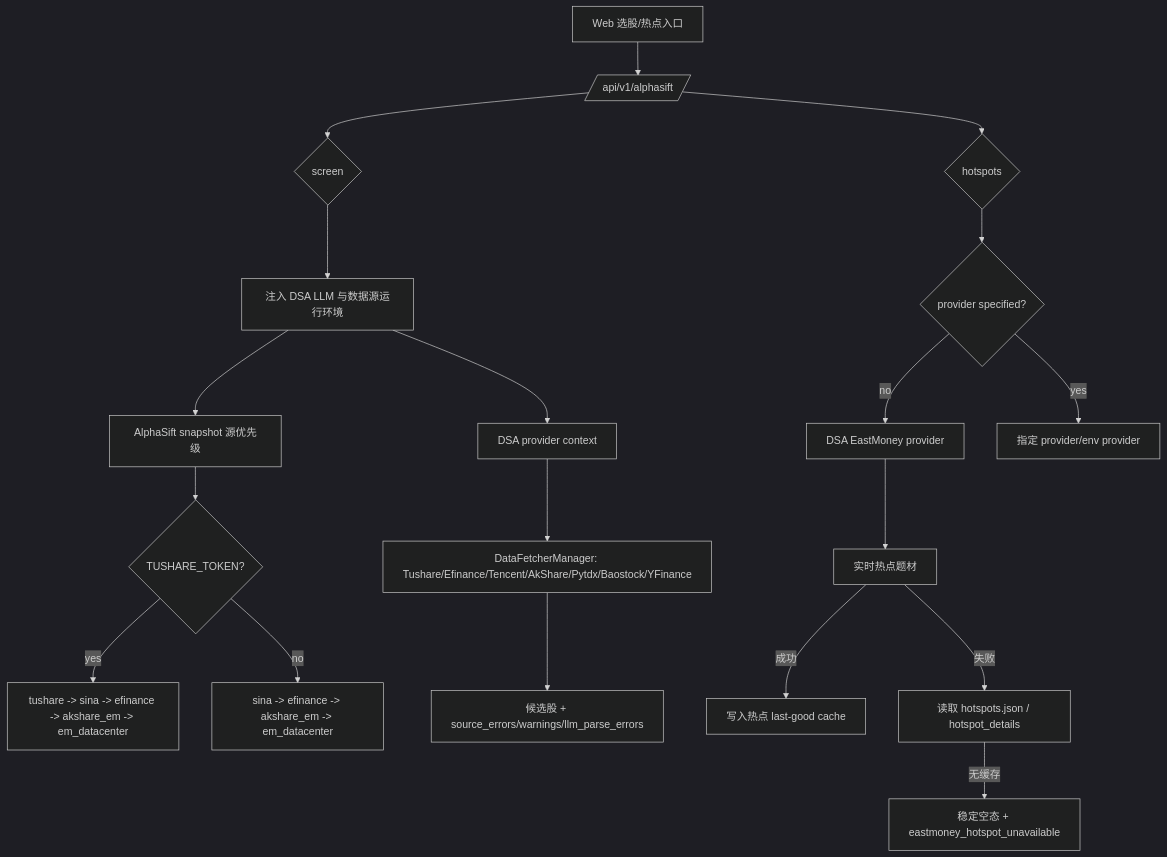
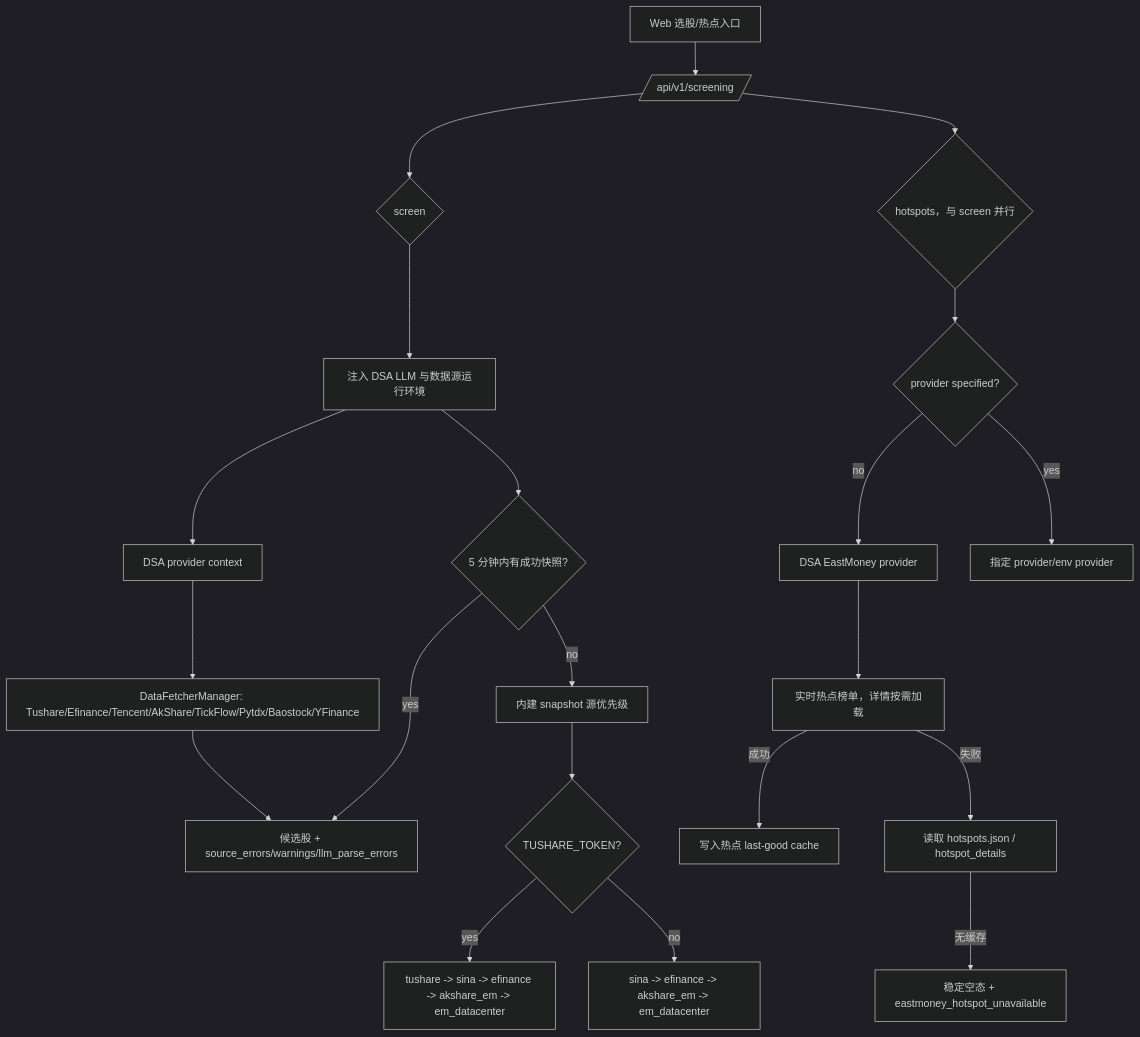
The third of 3 diagrams in docs/data-source-stability.md (HeWenbin-bobo/daily_stock_analysis), drawn with Mermaid (dark theme) before and after one commit. The commit also changed other lines of this file and 1238 other files, not shown here.

````diff
--- a/docs/data-source-stability.md
+++ b/docs/data-source-stability.md
@@ -96,23 +123,25 @@
 ```mermaid
 flowchart TD
-    UI[Web 选股/热点入口] --> API[/api/v1/alphasift/]
+    UI[Web 选股/热点入口] --> API[/api/v1/screening/]
 
     API --> SCREEN{screen}
     SCREEN --> ENV[注入 DSA LLM 与数据源运行环境]
-    ENV --> SNAP[AlphaSift snapshot 源优先级]
+    ENV --> CACHE{5 分钟内有成功快照?}
+    CACHE -->|yes| RESULT
+    CACHE -->|no| SNAP[内建 snapshot 源优先级]
     SNAP --> TS{TUSHARE_TOKEN?}
     TS -->|yes| SP1[tushare -> sina -> efinance -> akshare_em -> em_datacenter]
     TS -->|no| SP2[sina -> efinance -> akshare_em -> em_datacenter]
     ENV --> DAILY[DSA provider context]
-    DAILY --> DFM[DataFetcherManager: Tushare/Efinance/Tencent/AkShare/Pytdx/Baostock/YFinance]
+    DAILY --> DFM[DataFetcherManager: Tushare/Efinance/Tencent/AkShare/TickFlow/Pytdx/Baostock/YFinance]
     DFM --> RESULT[候选股 + source_errors/warnings/llm_parse_errors]
 
-    API --> HOT{hotspots}
+    API --> HOT{hotspots，与 screen 并行}
     HOT --> HP{provider specified?}
     HP -->|no| EM[DSA EastMoney provider]
     HP -->|yes| CUSTOM[指定 provider/env provider]
-    EM --> LIVE[实时热点题材]
+    EM --> LIVE[实时热点榜单，详情按需加载]
     LIVE -->|成功| HCACHE[写入热点 last-good cache]
     LIVE -->|失败| OLD[读取 hotspots.json / hotspot_details]
     OLD -->|无缓存| EMPTY[稳定空态 + eastmoney_hotspot_unavailable]
 ```
````
